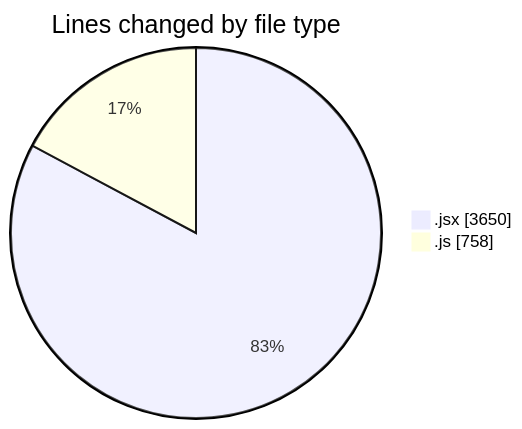
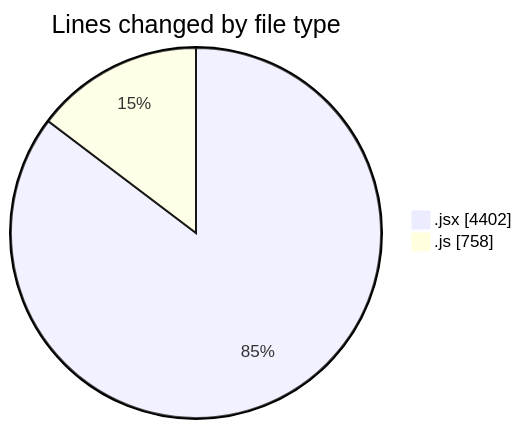
The first of 2 diagrams in 2025-08-03/nxtqube_webapp/README.md (nxtqubesakshisongat/code-tracking), drawn with Mermaid before and after one commit. The commit also changed other lines of this file and 1 other file, not shown here.

````diff
--- a/2025-08-03/nxtqube_webapp/README.md
+++ b/2025-08-03/nxtqube_webapp/README.md
@@ -29,6 +30,6 @@
 ```mermaid
 pie showData
 title Lines changed by file type
-".jsx" : 3650
+".jsx" : 4402
 ".js" : 758
 ```
````
